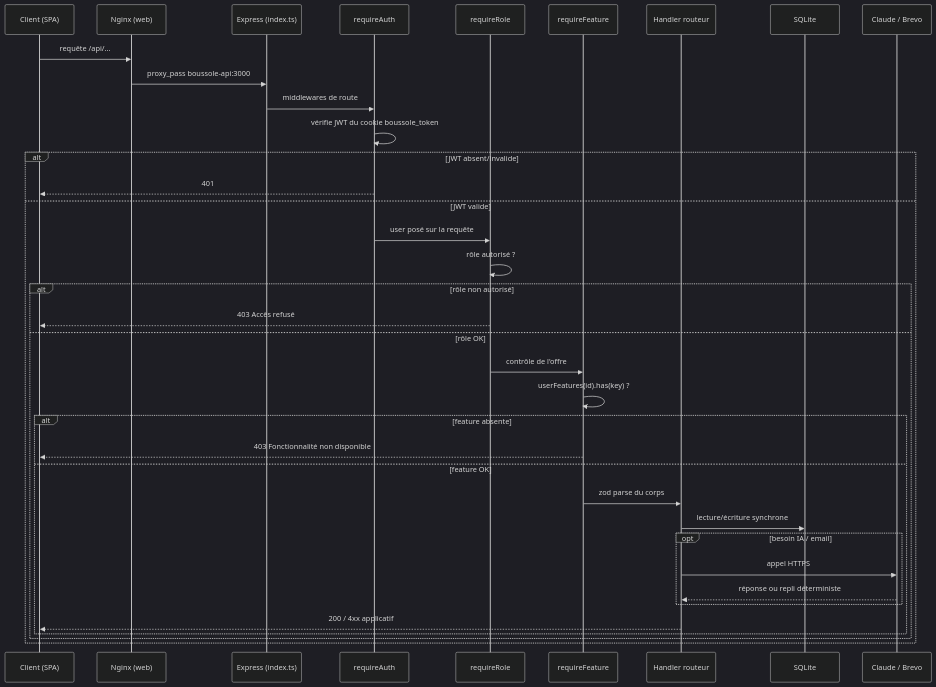
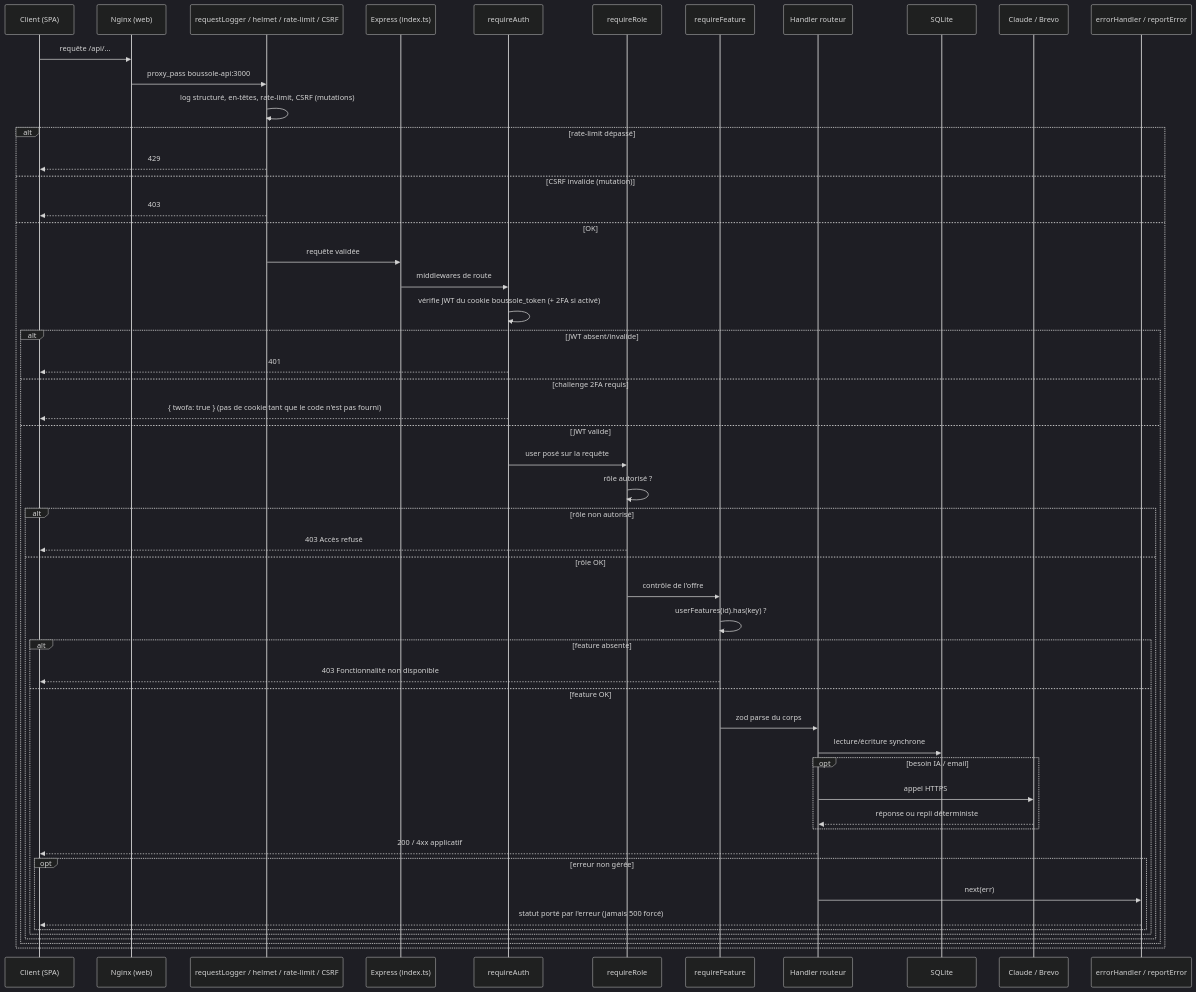
One commit to melafrit/FAD130_accompagnement_pro changed the fourth of 5 diagrams in app/api/src/wiki/content/technical-architecture.md. Above: the diagram before and after it, drawn with Mermaid (dark theme). The commit also changed other lines of this file and 14 other files, not shown here.

````diff
--- a/app/api/src/wiki/content/technical-architecture.md
+++ b/app/api/src/wiki/content/technical-architecture.md
@@ -158,40 +176,56 @@
 ```mermaid
 sequenceDiagram
     participant C as Client (SPA)
     participant N as Nginx (web)
+    participant L as requestLogger / helmet / rate-limit / CSRF
     participant E as Express (index.ts)
     participant A as requireAuth
     participant R as requireRole
     participant F as requireFeature
     participant H as Handler routeur
     participant D as SQLite
     participant X as Claude / Brevo
+    participant ERR as errorHandler / reportError
 
     C->>N: requête /api/...
-    N->>E: proxy_pass boussole-api:3000
-    E->>A: middlewares de route
-    A->>A: vérifie JWT du cookie boussole_token
-    alt JWT absent/invalide
-        A-->>C: 401
-    else JWT valide
-        A->>R: user posé sur la requête
-        R->>R: rôle autorisé ?
-        alt rôle non autorisé
-            R-->>C: 403 Accès refusé
-        else rôle OK
-            R->>F: contrôle de l'offre
-            F->>F: userFeatures(id).has(key) ?
-            alt feature absente
-                F-->>C: 403 Fonctionnalité non disponible
-            else feature OK
-                F->>H: zod parse du corps
-                H->>D: lecture/écriture synchrone
-                opt besoin IA / email
-                    H->>X: appel HTTPS
-                    X-->>H: réponse ou repli déterministe
+    N->>L: proxy_pass boussole-api:3000
+    L->>L: log structuré, en-têtes, rate-limit, CSRF (mutations)
+    alt rate-limit dépassé
+        L-->>C: 429
+    else CSRF invalide (mutation)
+        L-->>C: 403
+    else OK
+        L->>E: requête validée
+        E->>A: middlewares de route
+        A->>A: vérifie JWT du cookie boussole_token (+ 2FA si activé)
+        alt JWT absent/invalide
+            A-->>C: 401
+        else challenge 2FA requis
+            A-->>C: { twofa: true } (pas de cookie tant que le code n'est pas fourni)
+        else JWT valide
+            A->>R: user posé sur la requête
+            R->>R: rôle autorisé ?
+            alt rôle non autorisé
+                R-->>C: 403 Accès refusé
+            else rôle OK
+                R->>F: contrôle de l'offre
+                F->>F: userFeatures(id).has(key) ?
+                alt feature absente
+                    F-->>C: 403 Fonctionnalité non disponible
+                else feature OK
+                    F->>H: zod parse du corps
+                    H->>D: lecture/écriture synchrone
+                    opt besoin IA / email
+                        H->>X: appel HTTPS
+                        X-->>H: réponse ou repli déterministe
+                    end
+                    H-->>C: 200 / 4xx applicatif
+                    opt erreur non gérée
+                        H->>ERR: next(err)
+                        ERR-->>C: statut porté par l'erreur (jamais 500 forcé)
+                    end
                 end
-                H-->>C: 200 / 4xx applicatif
             end
         end
     end
 ```
````
